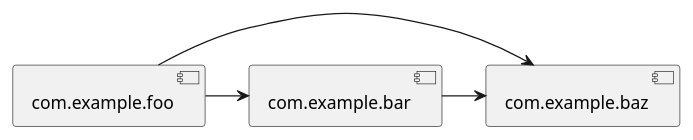
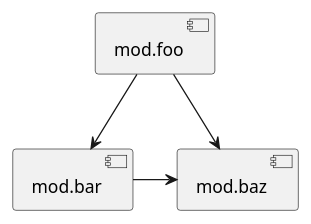
The third of 4 diagrams in java-module/plantuml.md (backpaper0/sandbox), drawn with PlantUML before and after one commit. The commit also changed other lines of this file and 13 other files, not shown here.

````diff
--- a/java-module/plantuml.md
+++ b/java-module/plantuml.md
@@ -14,7 +14,7 @@
 ```plantuml
 @startuml case3
-[com.example.foo] -> [com.example.bar]
-[com.example.foo] -> [com.example.baz]
-[com.example.bar] -> [com.example.baz]
+[mod.foo] --> [mod.bar]
+[mod.foo] --> [mod.baz]
+[mod.bar] -> [mod.baz]
 @enduml
 ```
````
